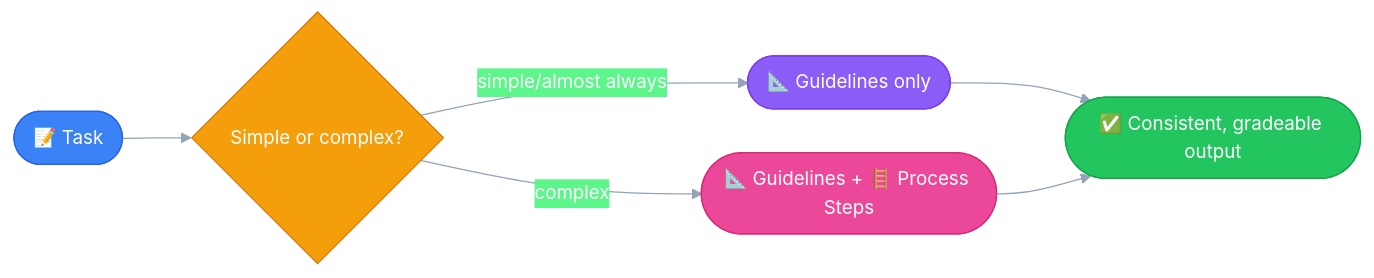
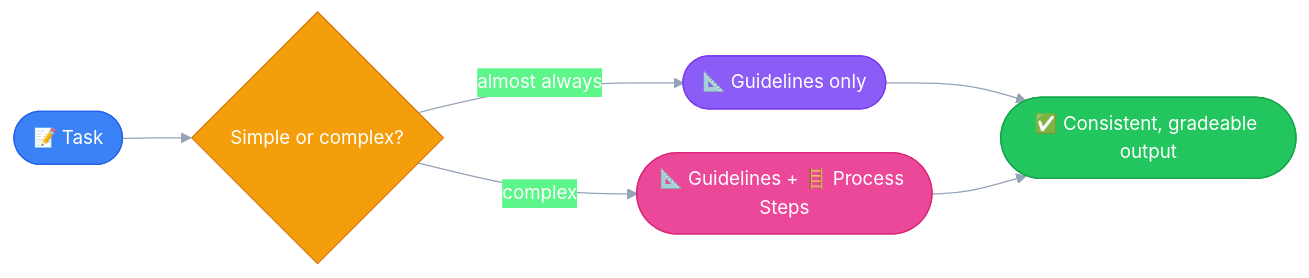
The diagram in _02_building_with_claude_api/11_be_specific.md (manthan-joshi-ai/claude-llm), drawn with Mermaid before and after one commit. The commit also changed other lines of this file and 1 other file, not shown here.

````diff
--- a/_02_building_with_claude_api/11_be_specific.md
+++ b/_02_building_with_claude_api/11_be_specific.md
@@ -28,20 +28,20 @@
 ```mermaid
 %%{init: {"theme": "base", "themeVariables": {"primaryColor": "#8B5CF6", "primaryTextColor": "#ffffff", "primaryBorderColor": "#7C3AED", "lineColor": "#94A3B8", "fontFamily": "Segoe UI, sans-serif", "fontSize": "15px"}, "flowchart": {"htmlLabels": true, "padding": 20, "nodeSpacing": 35, "rankSpacing": 55}}}%%
 flowchart LR
     T([" 📝 Task "]) --> Q{" Simple or complex? "}
-    Q -->|" simple/almost always "| GL([" 📐 Guidelines only "])
+    Q -->|" almost always "| GL([" 📐 Guidelines only "])
     Q -->|" complex "| BOTH([" 📐 Guidelines + 🪜 Process Steps "])
     GL --> OUT([" ✅ Consistent, gradeable output "])
     BOTH --> OUT
 
     classDef task fill:#3B82F6,stroke:#2563EB,color:#ffffff
     classDef decide fill:#F59E0B,stroke:#D97706,color:#ffffff
     classDef guide fill:#8B5CF6,stroke:#7C3AED,color:#ffffff
     classDef both fill:#EC4899,stroke:#DB2777,color:#ffffff
     classDef good fill:#22C55E,stroke:#16A34A,color:#ffffff
     class T task
     class Q decide
     class GL guide
     class BOTH both
     class OUT good
 ```
````
